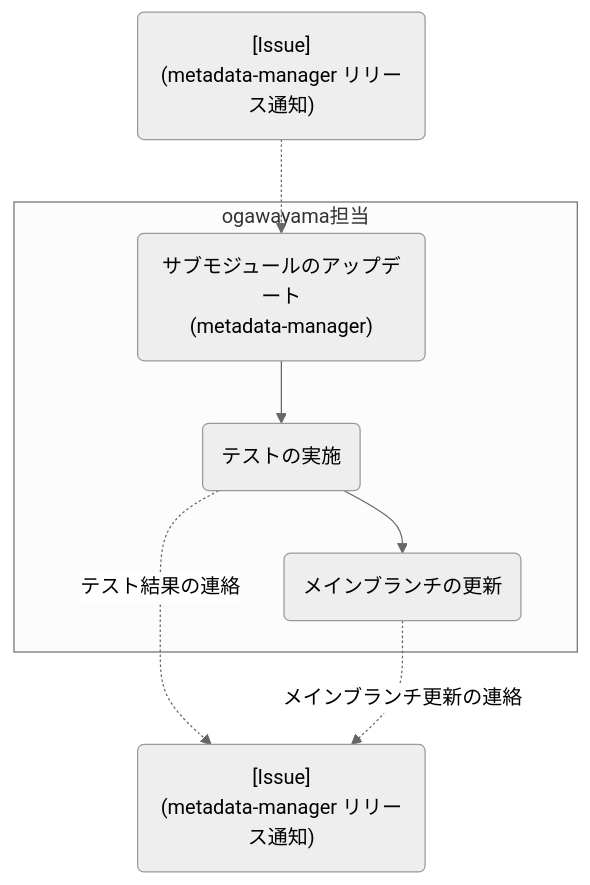
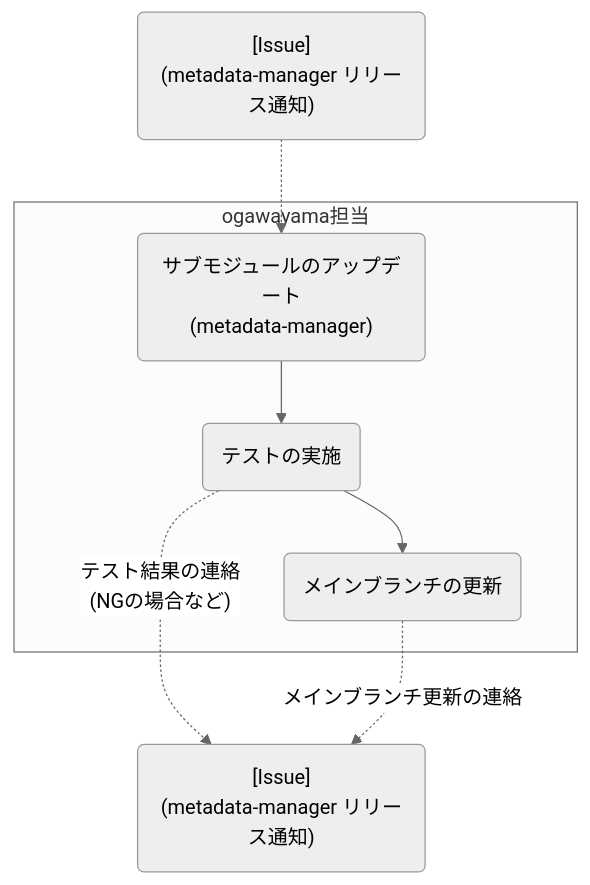
One commit to project-tsurugi/metadata-manager changed the fourth of 5 diagrams in docs/metadata-manager_release_procedures.md. Above: the diagram before and after it, drawn with Mermaid (neutral theme). The commit also changed other lines of this file, not shown here.

````diff
--- a/docs/metadata-manager_release_procedures.md
+++ b/docs/metadata-manager_release_procedures.md
@@ -165,19 +180,19 @@
 ```mermaid
 flowchart TB
   M_WF_1("[Issue]<br>(metadata-manager リリース通知)")
   M_WF_2("[Issue]<br>(metadata-manager リリース通知)")
 
   M_WF_1 -.-> O_WF_1
 
   subgraph ogawayama [ogawayama担当]
     O_WF_1("サブモジュールのアップデート<br>(metadata-manager)")
     O_WF_2("テストの実施")
     O_WF_3("メインブランチの更新")
 
     O_WF_1 --> O_WF_2
     O_WF_2 --> O_WF_3
   end
 
-  O_WF_2 -. "テスト結果の連絡" .-> M_WF_2
+  O_WF_2 -. "テスト結果の連絡<br>(NGの場合など)" .-> M_WF_2
   O_WF_3 -. "メインブランチ更新の連絡" .-> M_WF_2
 ```
````
